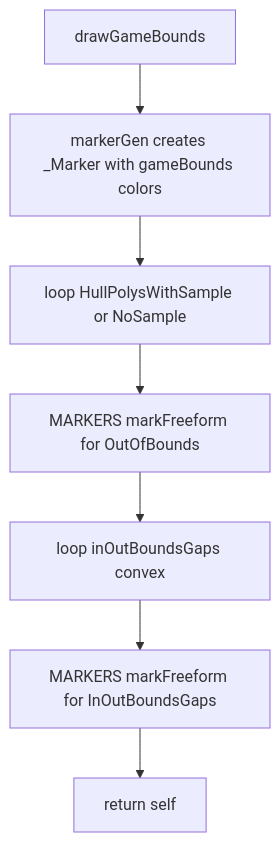
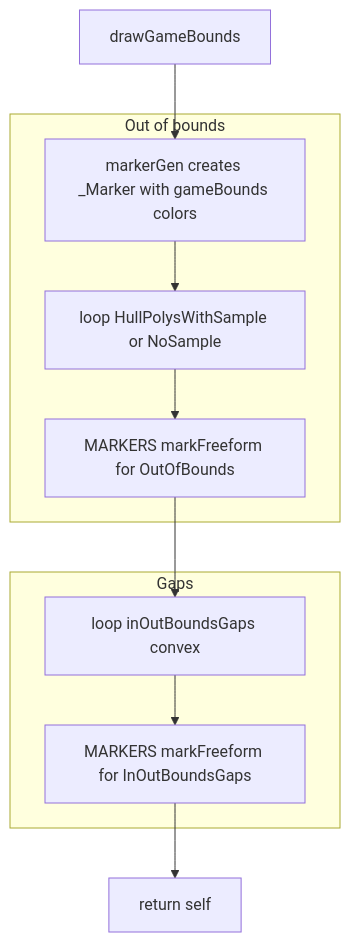
One commit to Gh0st352/AETHR changed the first of 6 diagrams in docs/zone_manager/markers_and_arrows.md. Above: the diagram before and after it, drawn with Mermaid. The commit also changed other lines of this file and 6 other files, not shown here.

Commit message:
docs(zone_manager, mermaid): normalize headings, restructure Mermaid diagrams, and add shared theme & class annotations

````diff
--- a/docs/zone_manager/markers_and_arrows.md
+++ b/docs/zone_manager/markers_and_arrows.md
@@ -27,9 +27,16 @@
 ```mermaid
+%% shared theme: docs/_mermaid/theme.json %%
 flowchart TD
   GB1[drawGameBounds] --> GB2[markerGen creates _Marker with gameBounds colors]
-  GB2 --> GB3[loop HullPolysWithSample or NoSample]
-  GB3 --> GB4[MARKERS markFreeform for OutOfBounds]
-  GB4 --> GB5[loop inOutBoundsGaps convex]
-  GB5 --> GB6[MARKERS markFreeform for InOutBoundsGaps]
+  subgraph "Out of bounds"
+    GB2 --> GB3[loop HullPolysWithSample or NoSample]
+    GB3 --> GB4[MARKERS markFreeform for OutOfBounds]
+  end
+  subgraph "Gaps"
+    GB4 --> GB5[loop inOutBoundsGaps convex]
+    GB5 --> GB6[MARKERS markFreeform for InOutBoundsGaps]
+  end
   GB6 --> GB7[return self]
+  class GB2 class_compute;
+  class GB7 class_result;
 ```
````
